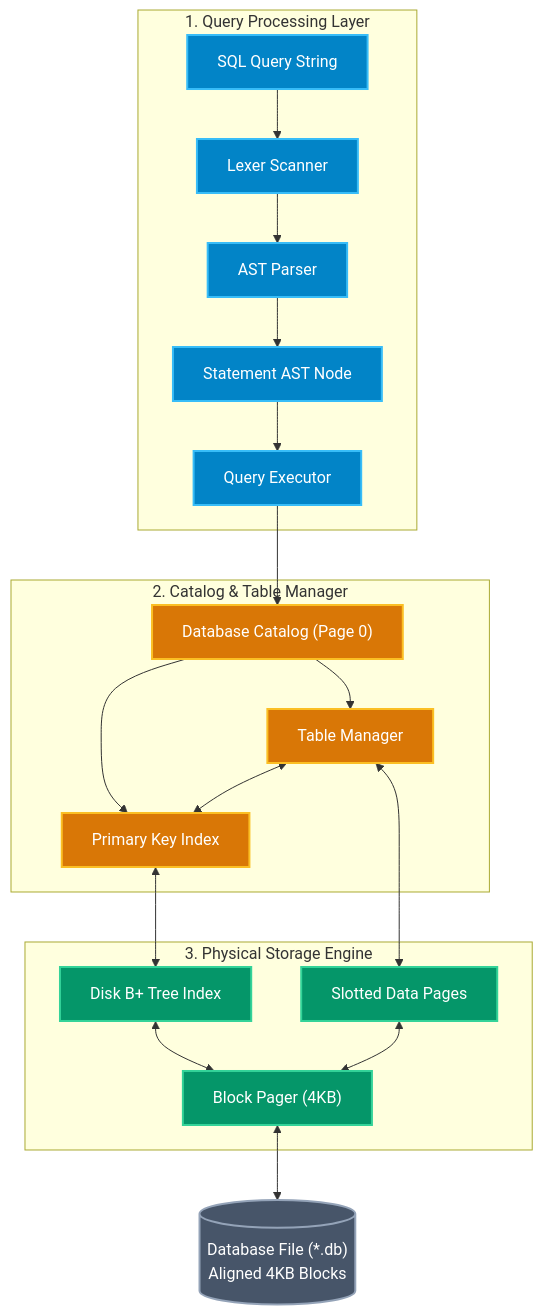
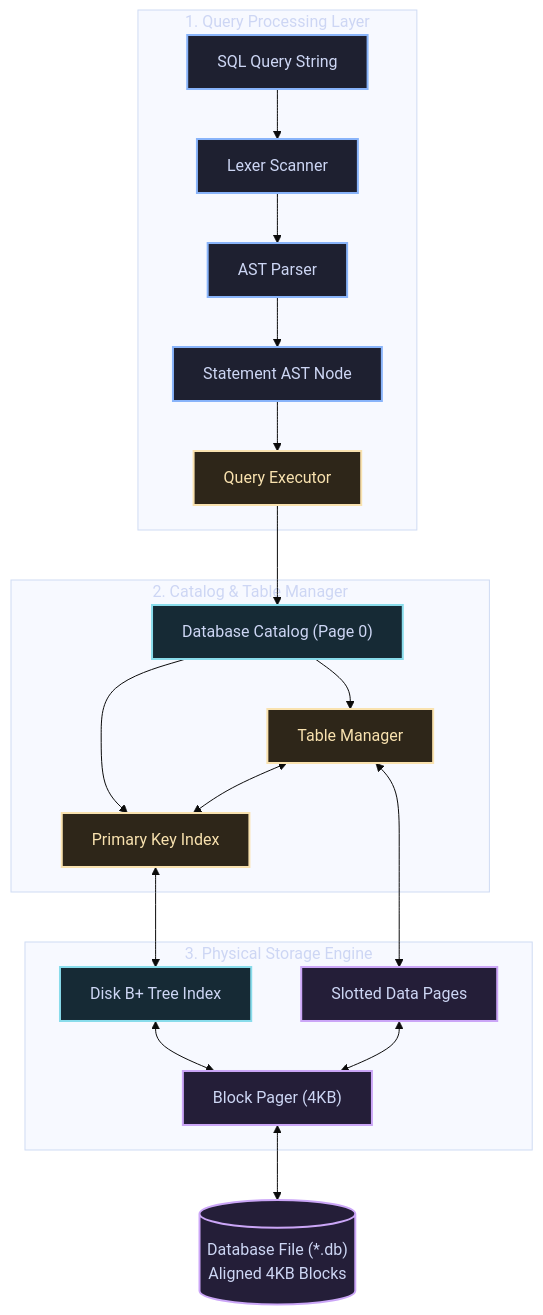
One commit to KAAZamapiloT/QUARTZ_DB changed the diagram in docs/guide/what-is-quartz.md. Above: the diagram before and after it, drawn with Mermaid. The commit also changed 18 other files, not shown here.

````diff
--- a/docs/guide/what-is-quartz.md
+++ b/docs/guide/what-is-quartz.md
@@ -18,30 +18,33 @@
 ```mermaid
+%%{init: {'theme': 'base', 'themeVariables': {'edgeLabelBackground': '#1e1e2e', 'tertiaryTextColor': '#cdd6f4'}}}%%
 flowchart TB
-    classDef cFrontend fill:#0284c7,stroke:#38bdf8,stroke-width:2px,color:#ffffff;
-    classDef cCatalog fill:#d97706,stroke:#fbbf24,stroke-width:2px,color:#ffffff;
-    classDef cStorage fill:#059669,stroke:#34d399,stroke-width:2px,color:#ffffff;
-    classDef cDisk fill:#475569,stroke:#94a3b8,stroke-width:2px,color:#ffffff;
+    classDef entry fill:#1e2030,stroke:#89b4fa,stroke-width:2px,color:#cdd6f4;
+    classDef guard fill:#2e2619,stroke:#f9e2af,stroke-width:2px,color:#f9e2af;
+    classDef success fill:#182c25,stroke:#a6e3a1,stroke-width:2px,color:#a6e3a1;
+    classDef error fill:#331c24,stroke:#f38ba8,stroke-width:2px,color:#f38ba8;
+    classDef disk fill:#241e38,stroke:#cba6f7,stroke-width:2px,color:#cdd6f4;
+    classDef shared fill:#162a35,stroke:#89dceb,stroke-width:2px,color:#cdd6f4;
 
     subgraph Frontend ["1. Query Processing Layer"]
-        SQL["SQL Query String"]:::cFrontend --> Lexer["Lexer Scanner"]:::cFrontend
-        Lexer --> Parser["AST Parser"]:::cFrontend
-        Parser --> AST["Statement AST Node"]:::cFrontend
-        AST --> Executor["Query Executor"]:::cFrontend
+        SQL["SQL Query String"]:::entry --> Lexer["Lexer Scanner"]:::entry
+        Lexer --> Parser["AST Parser"]:::entry
+        Parser --> AST["Statement AST Node"]:::entry
+        AST --> Executor["Query Executor"]:::guard
     end
     
     subgraph CatalogLayer ["2. Catalog & Table Manager"]
-        Executor --> Database["Database Catalog (Page 0)"]:::cCatalog
-        Database --> Table["Table Manager"]:::cCatalog
-        Database --> PrimaryIndex["Primary Key Index"]:::cCatalog
+        Executor --> Database["Database Catalog (Page 0)"]:::shared
+        Database --> Table["Table Manager"]:::guard
+        Database --> PrimaryIndex["Primary Key Index"]:::guard
         Table <--> PrimaryIndex
     end
 
     subgraph StorageSubsystem ["3. Physical Storage Engine"]
-        PrimaryIndex <--> BPlusTree["Disk B+ Tree Index"]:::cStorage
-        Table <--> Record["Slotted Data Pages"]:::cStorage
-        BPlusTree <--> Pager["Block Pager (4KB)"]:::cStorage
+        PrimaryIndex <--> BPlusTree["Disk B+ Tree Index"]:::shared
+        Table <--> Record["Slotted Data Pages"]:::disk
+        BPlusTree <--> Pager["Block Pager (4KB)"]:::disk
         Record <--> Pager
     end
 
-    Pager <--> Disk[("Database File (*.db)<br>Aligned 4KB Blocks")]:::cDisk
+    Pager <--> Disk[("Database File (*.db)<br/>Aligned 4KB Blocks")]:::disk
 ```
````
